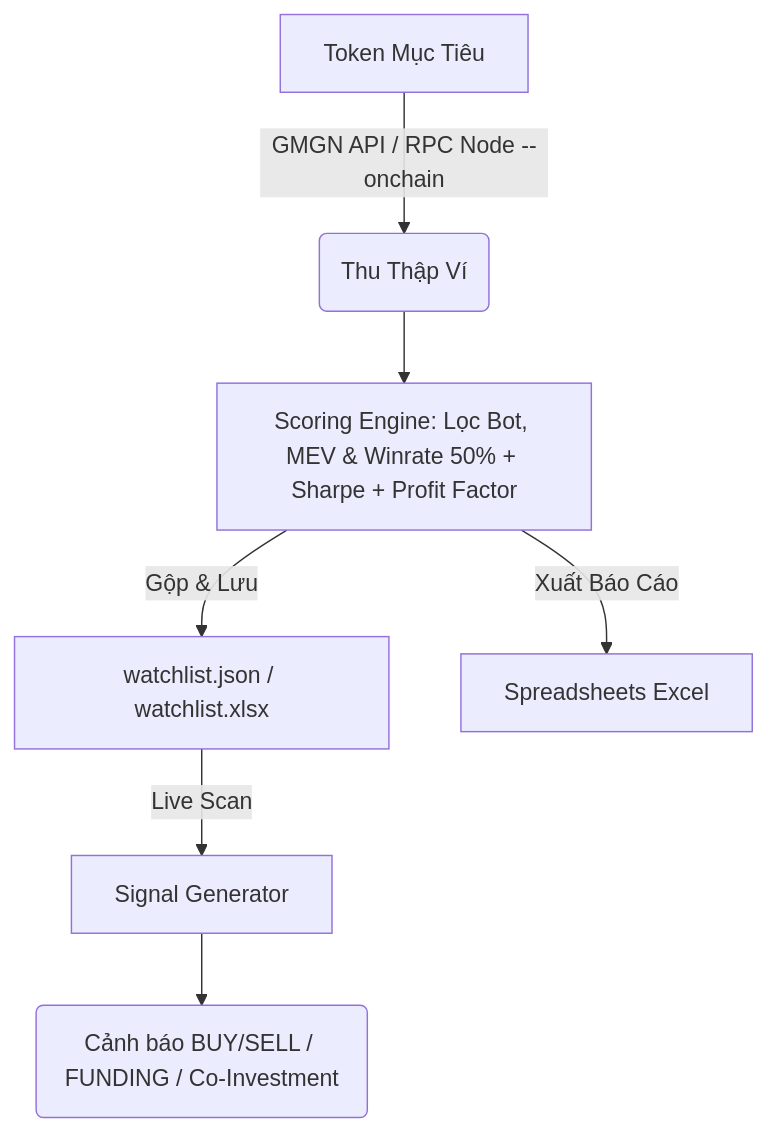
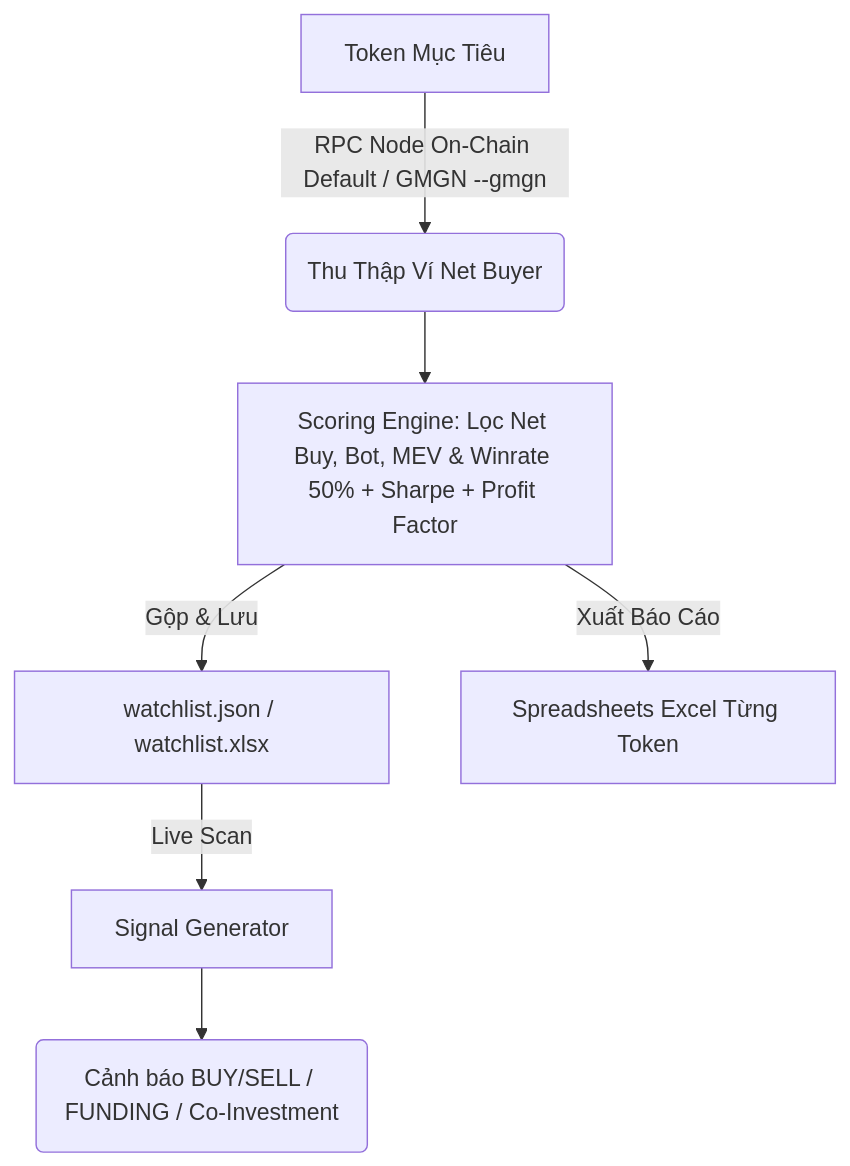
One commit to hieumile/rh-wallet-tracker-bot changed the diagram in README.md. Above: the diagram before and after it, drawn with Mermaid. The commit also changed other lines of this file and 7 other files, not shown here.

````diff
--- a/README.md
+++ b/README.md
@@ -15,9 +17,9 @@
 ```mermaid
 graph TD
-    A[Token Mục Tiêu] -->|GMGN API / RPC Node --onchain| B(Thu Thập Ví)
-    B --> C[Scoring Engine: Lọc Bot, MEV & Winrate 50% + Sharpe + Profit Factor]
+    A[Token Mục Tiêu] -->|RPC Node On-Chain Default / GMGN --gmgn| B(Thu Thập Ví Net Buyer)
+    B --> C[Scoring Engine: Lọc Net Buy, Bot, MEV & Winrate 50% + Sharpe + Profit Factor]
     C -->|Gộp & Lưu| D[watchlist.json / watchlist.xlsx]
-    C -->|Xuất Báo Cáo| E[Spreadsheets Excel]
+    C -->|Xuất Báo Cáo| E[Spreadsheets Excel Từng Token]
     D -->|Live Scan| F[Signal Generator]
     F --> G(Cảnh báo BUY/SELL / FUNDING / Co-Investment)
 ```
````
